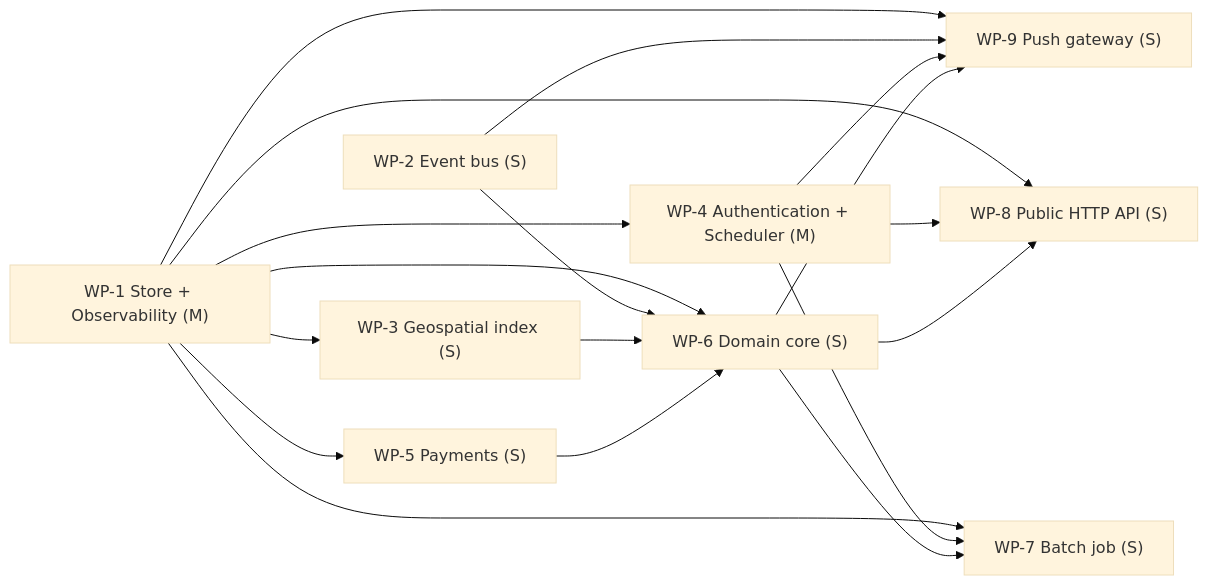
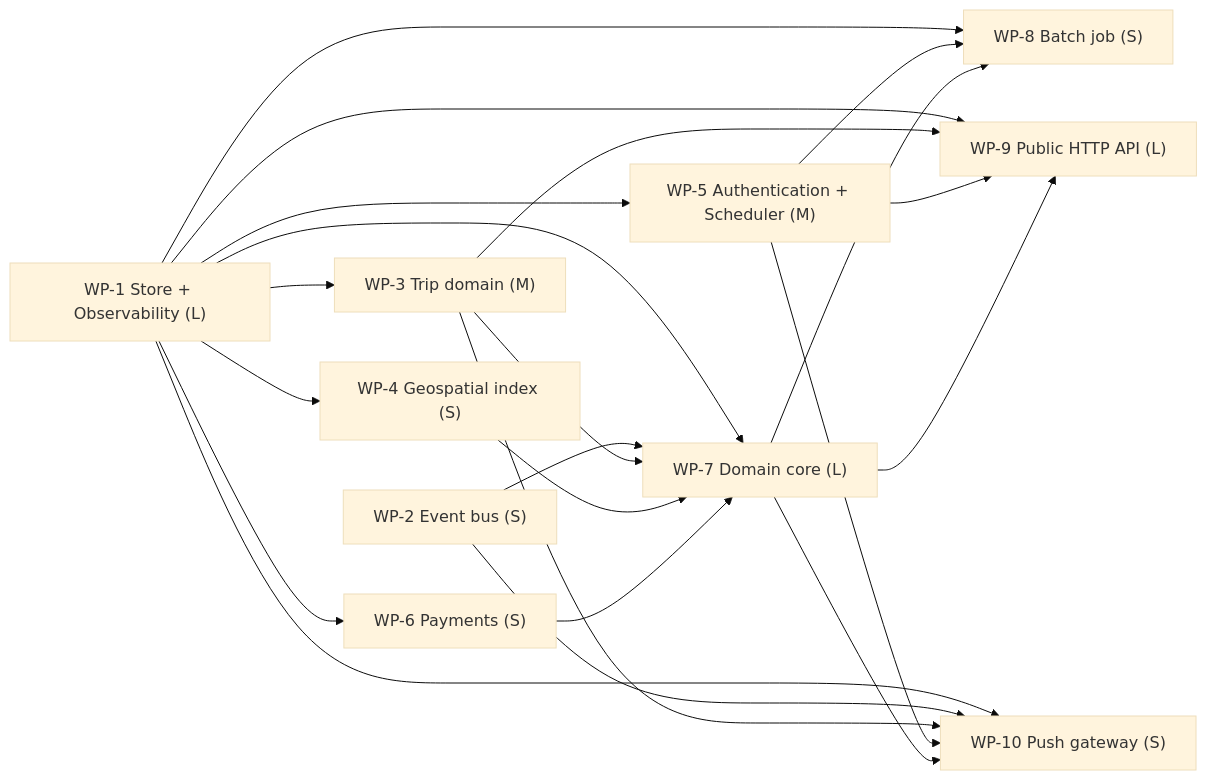
One commit to yui9696/sekkei changed the third of 3 diagrams in examples/eval/ride.DESIGN.md. Above: the diagram before and after it, drawn with Mermaid (base theme). The commit also changed other lines of this file and 39 other files, not shown here.

````diff
--- a/examples/eval/ride.DESIGN.md
+++ b/examples/eval/ride.DESIGN.md
@@ -679,29 +704,34 @@
 ```mermaid
 graph LR
-  WP_1["WP-1 Store + Observability (M)"]
+  WP_1["WP-1 Store + Observability (L)"]
   WP_2["WP-2 Event bus (S)"]
-  WP_3["WP-3 Geospatial index (S)"]
-  WP_4["WP-4 Authentication + Scheduler (M)"]
-  WP_5["WP-5 Payments (S)"]
-  WP_6["WP-6 Domain core (S)"]
-  WP_7["WP-7 Batch job (S)"]
-  WP_8["WP-8 Public HTTP API (S)"]
-  WP_9["WP-9 Push gateway (S)"]
+  WP_3["WP-3 Trip domain (M)"]
+  WP_4["WP-4 Geospatial index (S)"]
+  WP_5["WP-5 Authentication + Scheduler (M)"]
+  WP_6["WP-6 Payments (S)"]
+  WP_7["WP-7 Domain core (L)"]
+  WP_8["WP-8 Batch job (S)"]
+  WP_9["WP-9 Public HTTP API (L)"]
+  WP_10["WP-10 Push gateway (S)"]
   WP_1 --> WP_3
   WP_1 --> WP_4
   WP_1 --> WP_5
   WP_1 --> WP_6
-  WP_2 --> WP_6
-  WP_3 --> WP_6
-  WP_5 --> WP_6
   WP_1 --> WP_7
+  WP_2 --> WP_7
+  WP_3 --> WP_7
   WP_4 --> WP_7
   WP_6 --> WP_7
   WP_1 --> WP_8
-  WP_4 --> WP_8
-  WP_6 --> WP_8
+  WP_5 --> WP_8
+  WP_7 --> WP_8
   WP_1 --> WP_9
-  WP_2 --> WP_9
-  WP_4 --> WP_9
-  WP_6 --> WP_9
+  WP_3 --> WP_9
+  WP_5 --> WP_9
+  WP_7 --> WP_9
+  WP_1 --> WP_10
+  WP_2 --> WP_10
+  WP_3 --> WP_10
+  WP_5 --> WP_10
+  WP_7 --> WP_10
 ```
````
